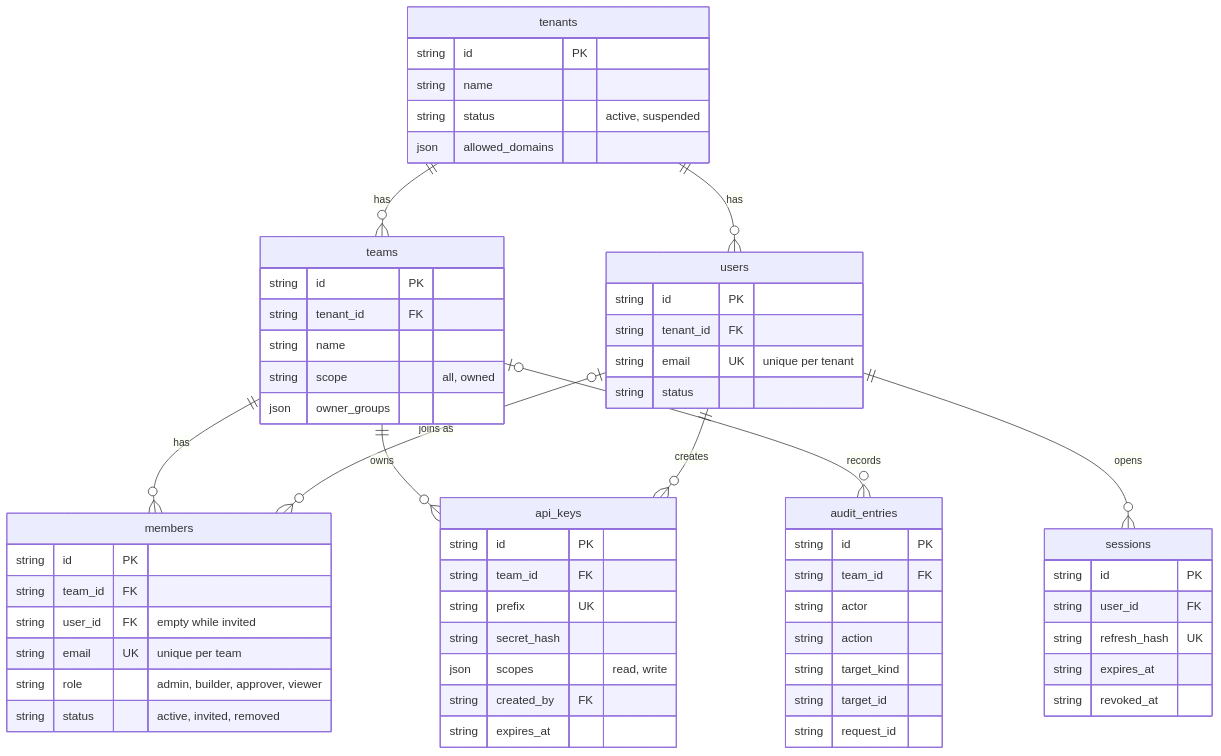
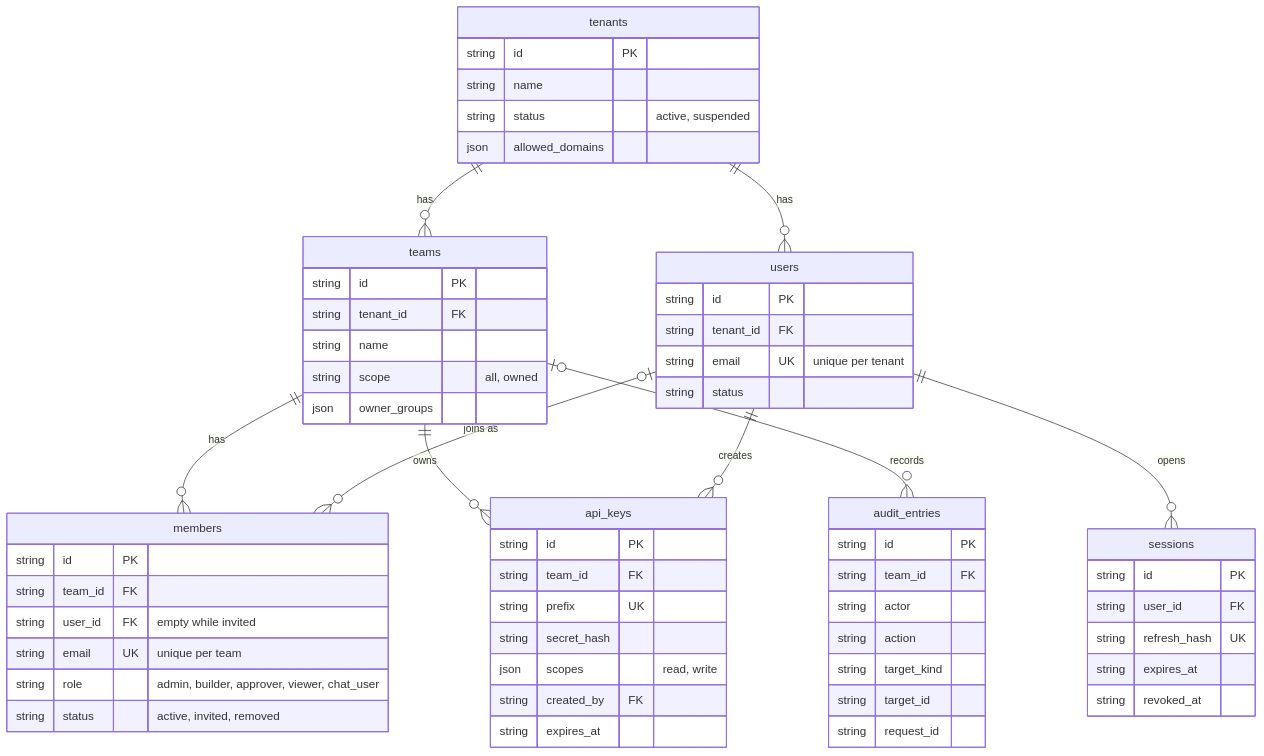
One commit to chanl-ai/ops-ai changed the first of 8 diagrams in docs/architecture/data-model.md. Above: the diagram before and after it, drawn with Mermaid. The commit also changed other lines of this file and 22 other files, not shown here.

First line of the commit message:
docs(architecture): access statements match the roles page and the code

````diff
--- a/docs/architecture/data-model.md
+++ b/docs/architecture/data-model.md
@@ -33,63 +33,63 @@
 ```mermaid
 erDiagram
   tenants ||--o{ teams : has
   tenants ||--o{ users : has
   teams ||--o{ members : has
   users |o--o{ members : "joins as"
   users ||--o{ sessions : opens
   teams ||--o{ api_keys : owns
   users ||--o{ api_keys : creates
   teams |o--o{ audit_entries : records
   tenants {
     string id PK
     string name
     string status "active, suspended"
     json allowed_domains
   }
   teams {
     string id PK
     string tenant_id FK
     string name
     string scope "all, owned"
     json owner_groups
   }
   users {
     string id PK
     string tenant_id FK
     string email UK "unique per tenant"
     string status
   }
   members {
     string id PK
     string team_id FK
     string user_id FK "empty while invited"
     string email UK "unique per team"
-    string role "admin, builder, approver, viewer"
+    string role "admin, builder, approver, viewer, chat_user"
     string status "active, invited, removed"
   }
   api_keys {
     string id PK
     string team_id FK
     string prefix UK
     string secret_hash
     json scopes "read, write"
     string created_by FK
     string expires_at
   }
   sessions {
     string id PK
     string user_id FK
     string refresh_hash UK
     string expires_at
     string revoked_at
   }
   audit_entries {
     string id PK
     string team_id FK
     string actor
     string action
     string target_kind
     string target_id
     string request_id
   }
 ```
````
